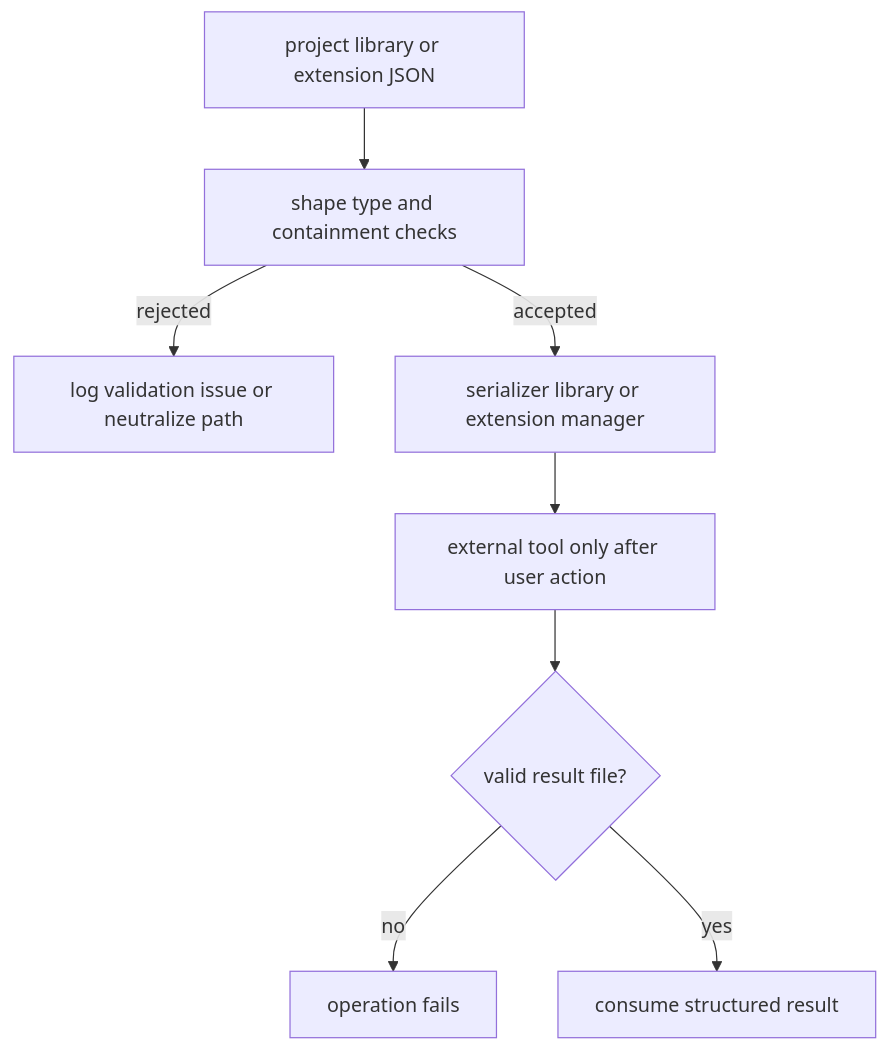
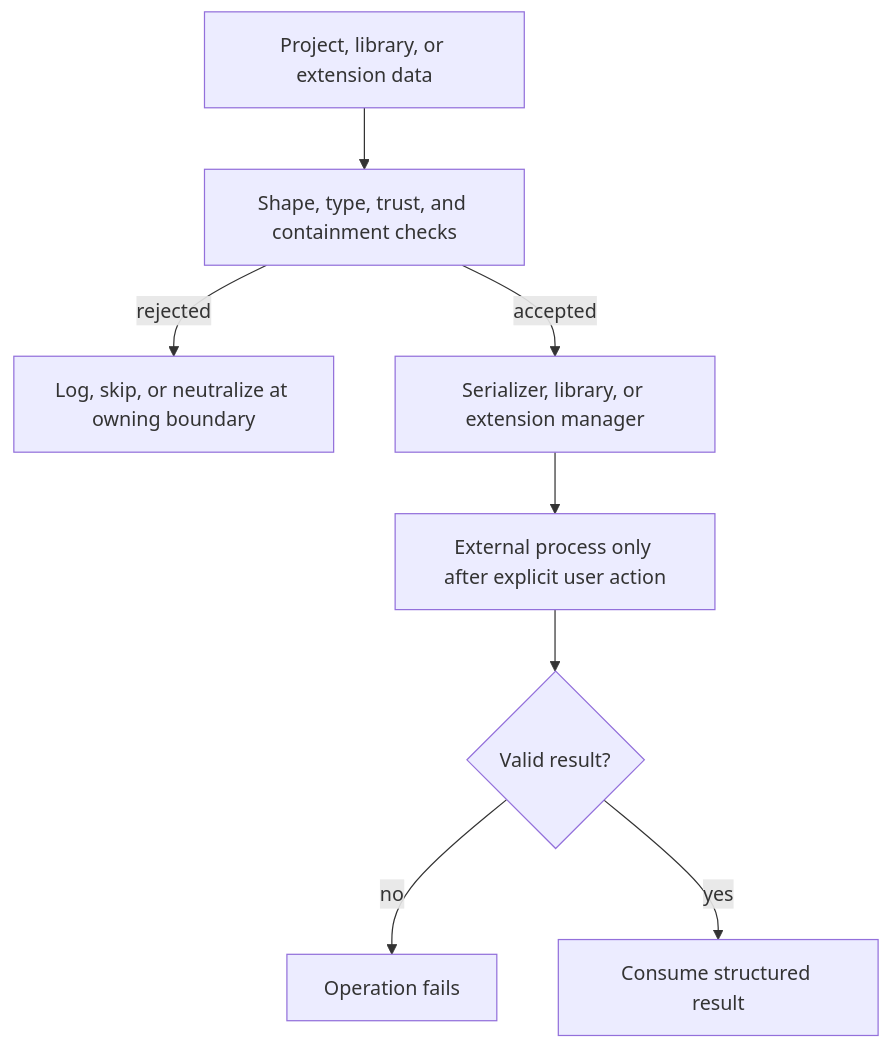
One commit to striderZA/Tiny-RF-Simulator changed the third of 3 diagrams in openwiki/architecture/overview.md. Above: the diagram before and after it, drawn with Mermaid. The commit also changed other lines of this file and 22 other files, not shown here.

````diff
--- a/openwiki/architecture/overview.md
+++ b/openwiki/architecture/overview.md
@@ -179,10 +187,10 @@
 ```mermaid
 flowchart TD
-    Input["project library or extension JSON"] --> Validate["shape type and containment checks"]
-    Validate -- rejected --> Report["log validation issue or neutralize path"]
-    Validate -- accepted --> Boundary["serializer library or extension manager"]
-    Boundary --> Tool["external tool only after user action"]
-    Tool --> Result{"valid result file?"}
-    Result -- no --> Fail["operation fails"]
-    Result -- yes --> Consume["consume structured result"]
+    Input["Project, library, or extension data"] --> Validate["Shape, type, trust, and containment checks"]
+    Validate -->|rejected| Report["Log, skip, or neutralize at owning boundary"]
+    Validate -->|accepted| Owner["Serializer, library, or extension manager"]
+    Owner --> Tool["External process only after explicit user action"]
+    Tool --> Result{"Valid result?"}
+    Result -->|no| Fail["Operation fails"]
+    Result -->|yes| Consume["Consume structured result"]
 ```
````
